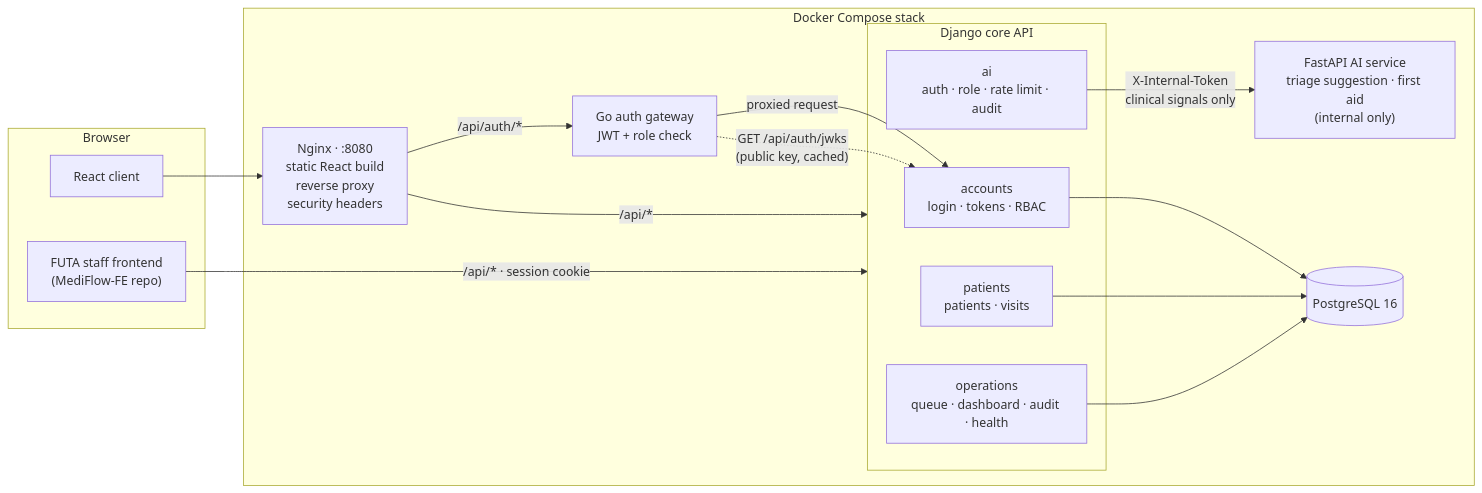
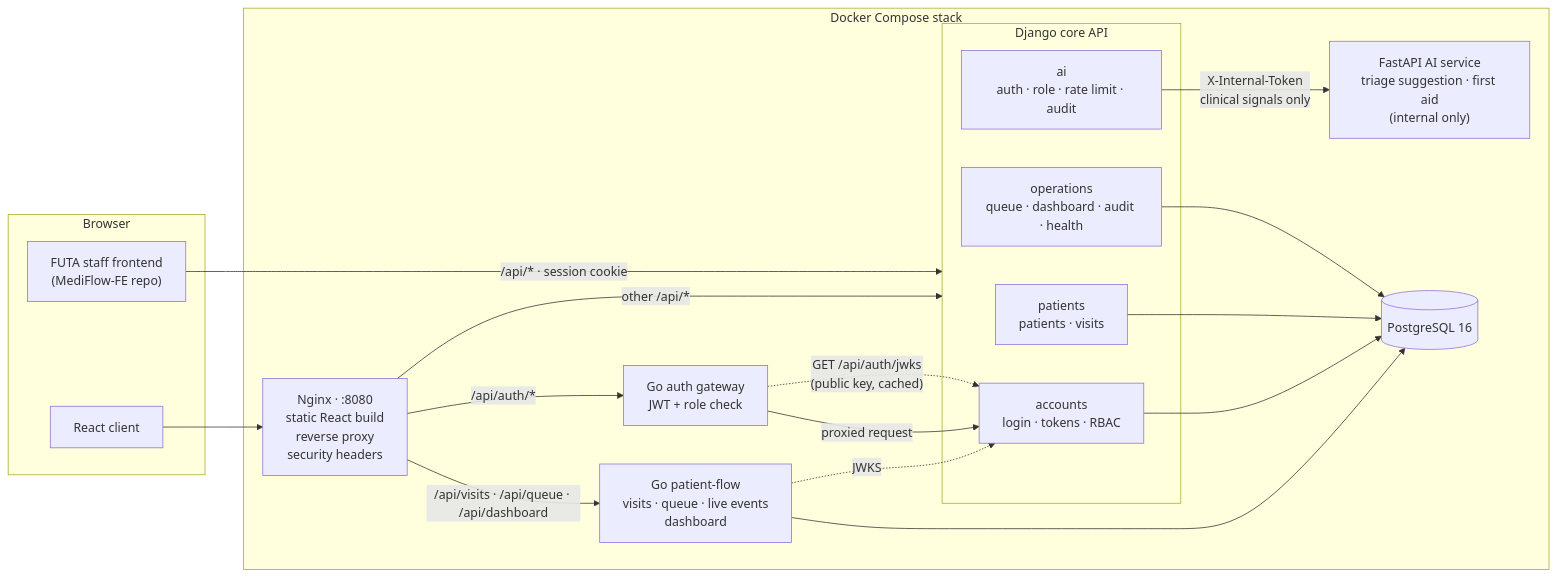
One commit to MediFlow-io/mediflow-platform changed the first of 5 diagrams in docs/PROJECT-STATUS.md. Above: the diagram before and after it, drawn with Mermaid. The commit also changed other lines of this file and 69 other files, not shown here.

First line of the commit message:
feat(patient-flow): Go service owns visits, queue and live updates (#14)

````diff
--- a/docs/PROJECT-STATUS.md
+++ b/docs/PROJECT-STATUS.md
@@ -40,33 +41,38 @@
 ```mermaid
 flowchart LR
     subgraph Browser
         REACT["React client"]
         LEGACY["FUTA staff frontend<br/>(MediFlow-FE repo)"]
     end
 
     subgraph Stack["Docker Compose stack"]
         NGINX["Nginx · :8080<br/>static React build<br/>reverse proxy<br/>security headers"]
         GW["Go auth gateway<br/>JWT + role check"]
 
         subgraph Core["Django core API"]
             AUTH["accounts<br/>login · tokens · RBAC"]
             PAT["patients<br/>patients · visits"]
             OPS["operations<br/>queue · dashboard · audit · health"]
             AIP["ai<br/>auth · role · rate limit · audit"]
         end
 
+        FLOW["Go patient-flow<br/>visits · queue · live events<br/>dashboard"]
+
         AI["FastAPI AI service<br/>triage suggestion · first aid<br/>(internal only)"]
         DB[("PostgreSQL 16")]
     end
 
     REACT --> NGINX
     NGINX -- "/api/auth/*" --> GW
-    NGINX -- "/api/*" --> Core
+    NGINX -- "/api/visits · /api/queue · /api/dashboard" --> FLOW
+    NGINX -- "other /api/*" --> Core
+    FLOW -. "JWKS" .-> AUTH
+    FLOW --> DB
     GW -- "proxied request" --> AUTH
     GW -. "GET /api/auth/jwks<br/>(public key, cached)" .-> AUTH
     LEGACY -- "/api/* · session cookie" --> Core
     AIP -- "X-Internal-Token<br/>clinical signals only" --> AI
     AUTH --> DB
     PAT --> DB
     OPS --> DB
 ```
````
